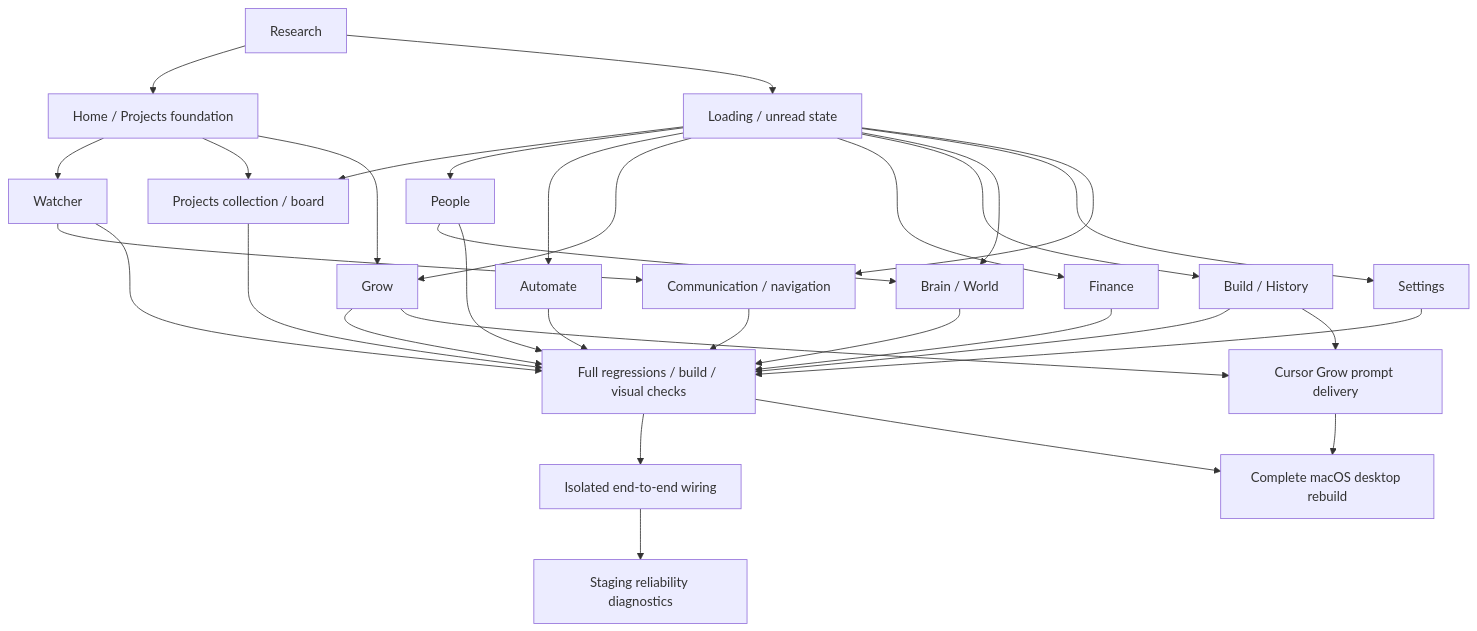
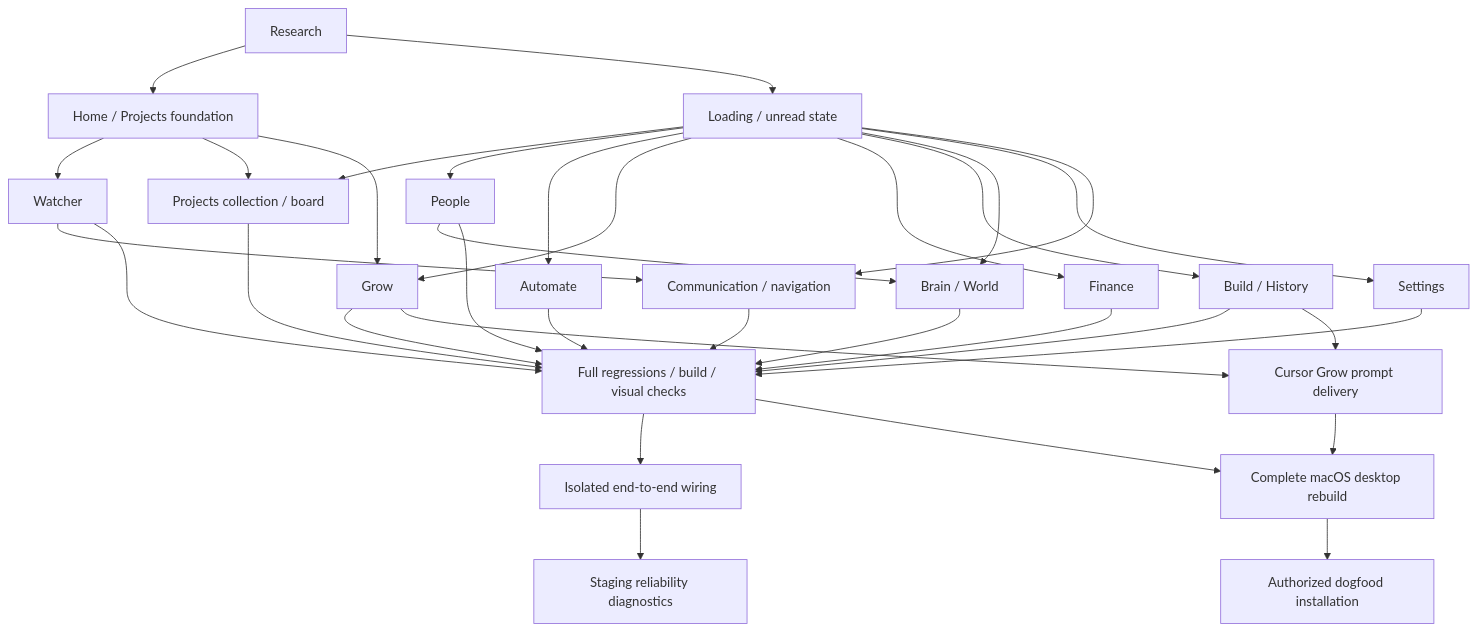
One commit to make-tuned-unit/permagent-runtime changed the diagram in reports/ux-dag/README.md. Above: the diagram before and after it, drawn with Mermaid. The commit also changed other lines of this file and 4 other files, not shown here.

Commit message:
Record verified dogfood installation and rollback bundle

````diff
--- a/reports/ux-dag/README.md
+++ b/reports/ux-dag/README.md
@@ -5,24 +5,25 @@
 ```mermaid
 flowchart TD
  D00[Research] --> D01[Home / Projects foundation]
  D00 --> D02[Loading / unread state]
  D01 --> D03[Watcher]
  D01 --> D04[Projects collection / board]
  D02 --> D04
  D02 --> D05[People]
  D02 --> D06[Automate]
  D01 --> D07[Grow]
  D02 --> D07
  D02 --> D08[Finance]
  D02 --> D09[Build / History]
  D05 --> D10[Brain / World]
  D02 --> D10
  D02 --> D11[Settings]
  D03 --> D12[Communication / navigation]
  D02 --> D12
  D03 & D04 & D05 & D06 & D07 & D08 & D09 & D10 & D11 & D12 --> D13[Full regressions / build / visual checks]
  D13 --> D14[Isolated end-to-end wiring]
  D14 --> D15[Staging reliability diagnostics]
  D07 & D09 --> D16[Cursor Grow prompt delivery]
  D13 & D16 --> D17[Complete macOS desktop rebuild]
+ D17 --> D18[Authorized dogfood installation]
 ```
````
